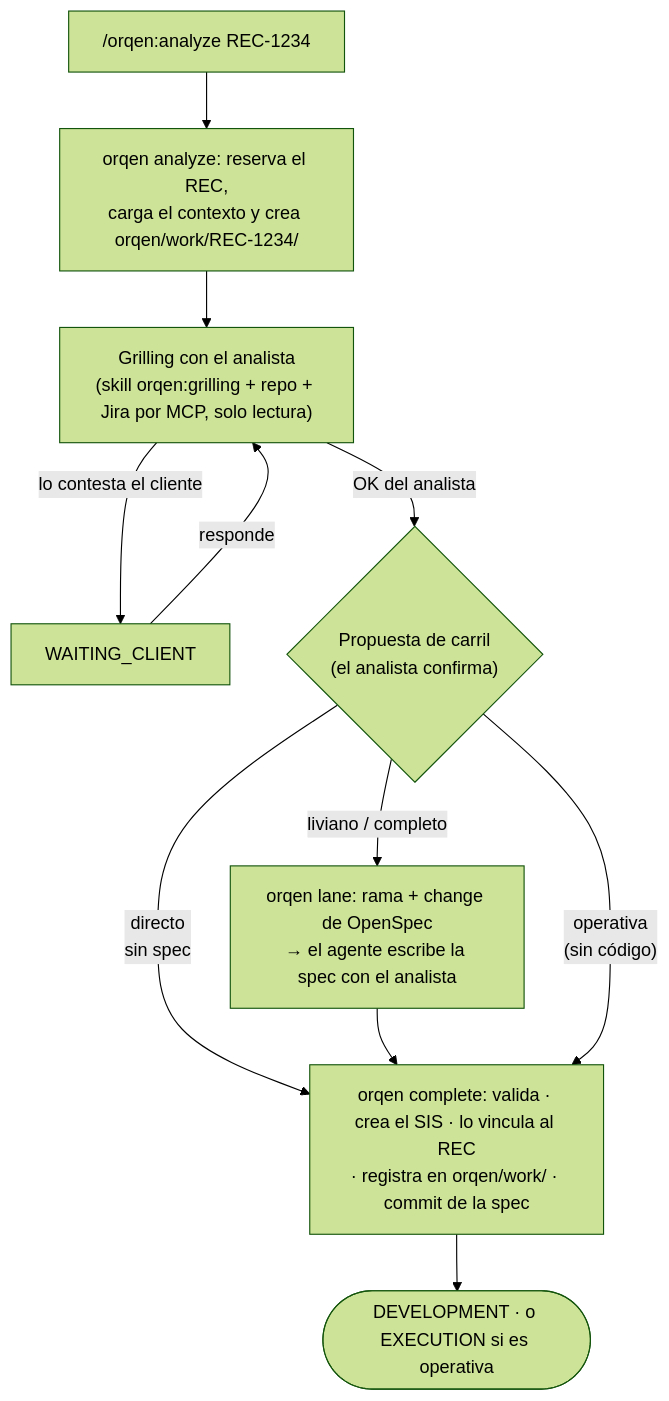
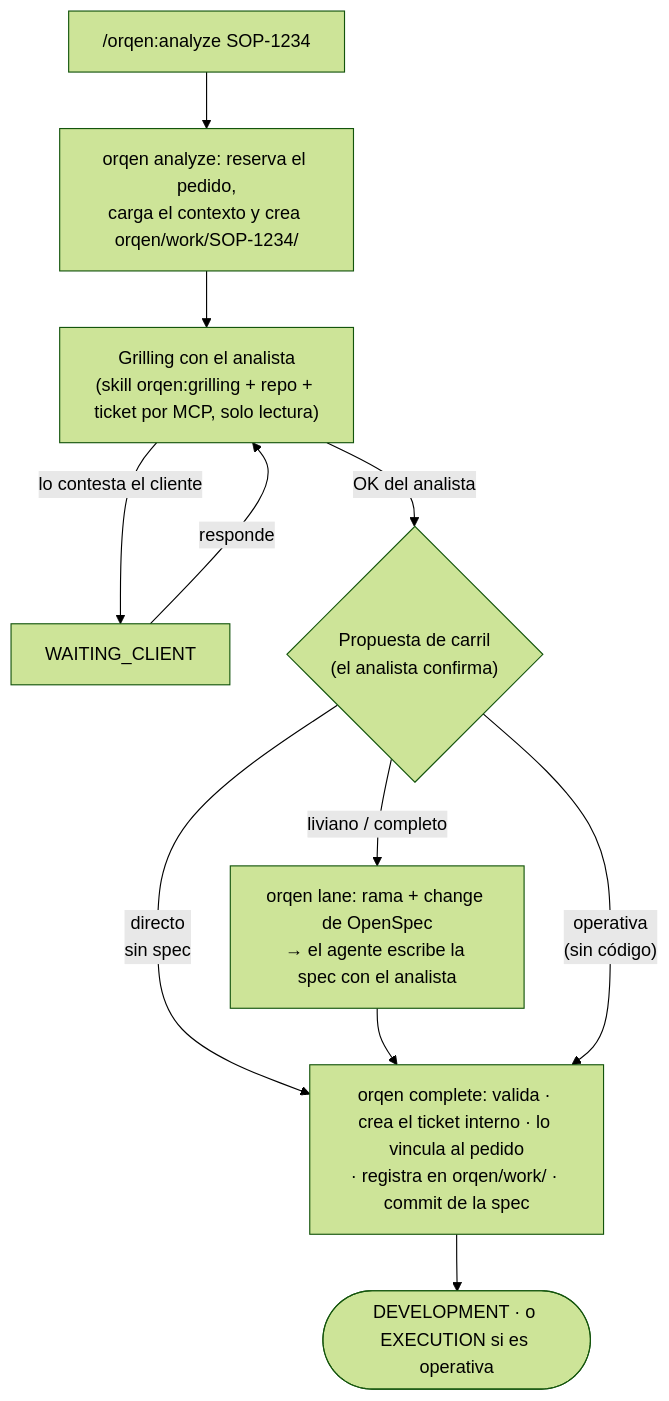
Before and after one commit to sistemas-telpin/orqen: the second of 7 diagrams in README.md, drawn with Mermaid (forest theme). The commit also changed other lines of this file and 106 other files, not shown here.

````diff
--- a/README.md
+++ b/README.md
@@ -108,11 +108,11 @@
 ```mermaid
 flowchart TD
-    A["/orqen:analyze REC-1234"] --> B["orqen analyze: reserva el REC,<br/>carga el contexto y crea orqen/work/REC-1234/"]
-    B --> C["Grilling con el analista<br/>(skill orqen:grilling + repo + Jira por MCP, solo lectura)"]
+    A["/orqen:analyze SOP-1234"] --> B["orqen analyze: reserva el pedido,<br/>carga el contexto y crea orqen/work/SOP-1234/"]
+    B --> C["Grilling con el analista<br/>(skill orqen:grilling + repo + ticket por MCP, solo lectura)"]
     C -->|"lo contesta el cliente"| W["WAITING_CLIENT"] -->|"responde"| C
     C -->|"OK del analista"| D{"Propuesta de carril<br/>(el analista confirma)"}
     D -->|"directo<br/>sin spec"| G
     D -->|"liviano / completo"| E["orqen lane: rama + change de OpenSpec<br/>→ el agente escribe la spec con el analista"] --> G
     D -->|"operativa<br/>(sin código)"| G
-    G["orqen complete: valida · crea el SIS · lo vincula al REC<br/>· registra en orqen/work/ · commit de la spec"] --> H(["DEVELOPMENT · o EXECUTION si es operativa"])
+    G["orqen complete: valida · crea el ticket interno · lo vincula al pedido<br/>· registra en orqen/work/ · commit de la spec"] --> H(["DEVELOPMENT · o EXECUTION si es operativa"])
 ```
````
